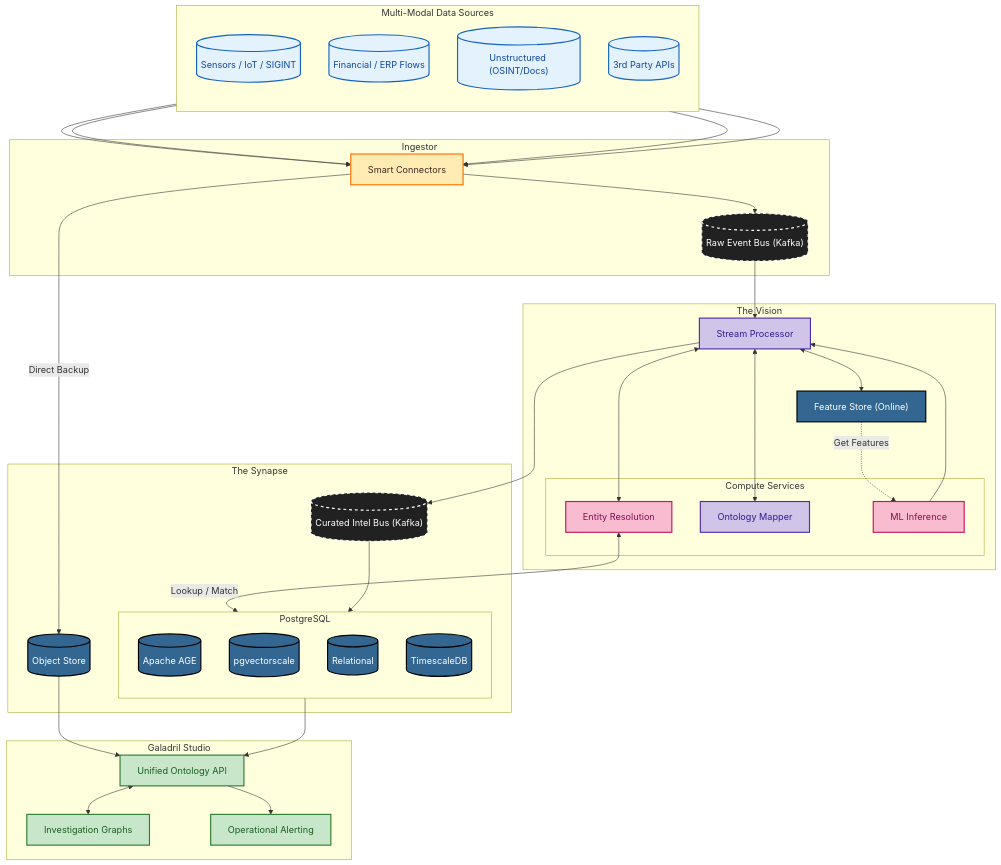
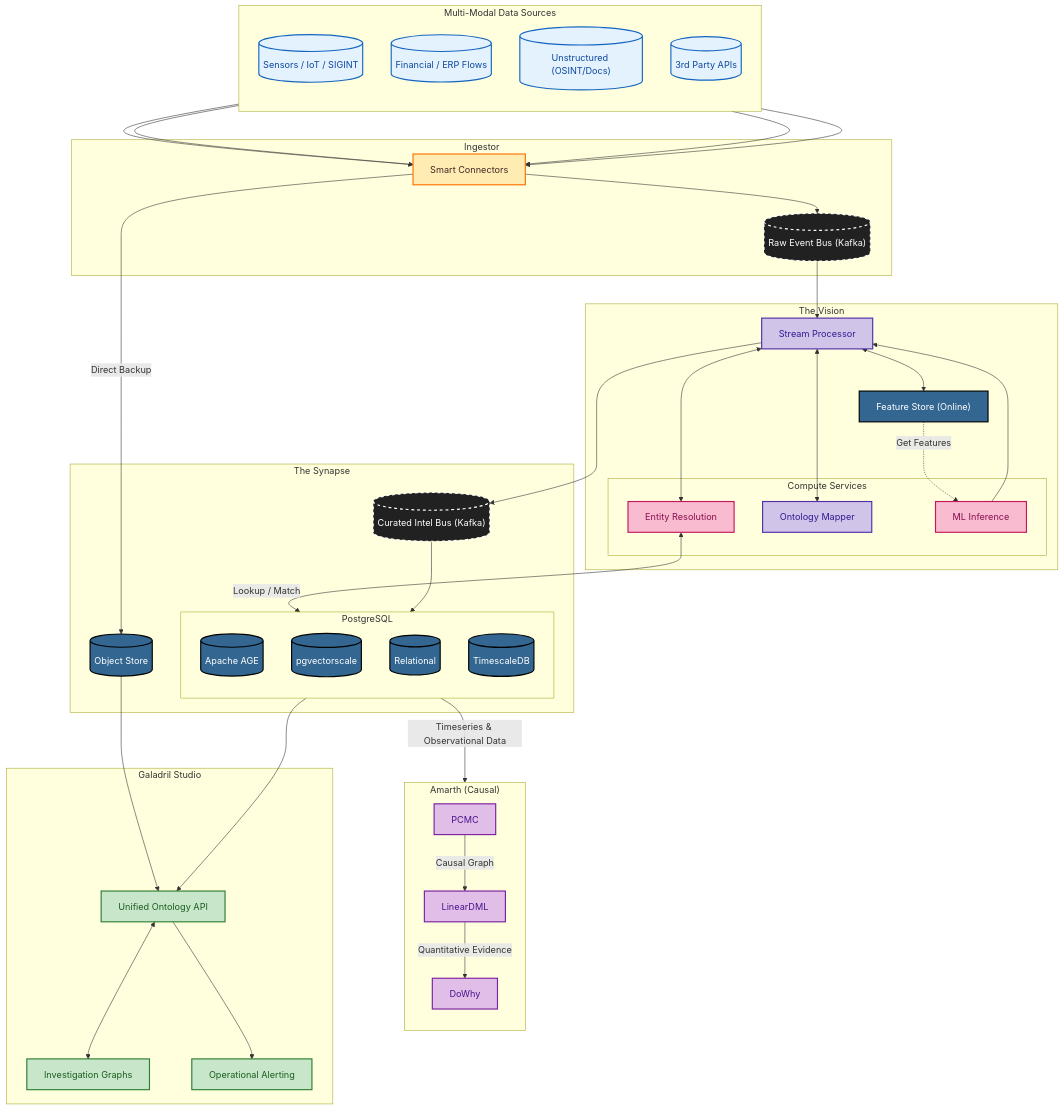
One commit to Aeluin-Technologies/Galadril changed the diagram in README.md. Above: the diagram before and after it, drawn with Mermaid. The commit also changed other lines of this file and 9 other files, not shown here.

````diff
--- a/README.md
+++ b/README.md
@@ -30,6 +30,7 @@
     classDef pg fill:#336791,stroke:#000,stroke-width:2px,color:#fff
     classDef app fill:#c8e6c9,stroke:#2e7d32,stroke-width:2px,color:#1b5e20
     classDef bus fill:#212121,stroke:#fff,stroke-width:2px,color:#fff,stroke-dasharray: 5 5
+    classDef causal fill:#e1bee7,stroke:#7b1fa2,stroke-width:2px,color:#4a148c
 
     subgraph Sources ["Multi-Modal Data Sources"]
         direction TB
@@ -70,6 +71,16 @@
         ObjStore[("Object Store")]:::pg
     end
 
+    subgraph Causal_Engine ["Amarth (Causal)"]
+        direction TB
+        PCMCI["PCMC"]:::causal
+        LinearDML["LinearDML"]:::causal
+        DoWhy["DoWhy"]:::causal
+
+        PCMCI -->|"Causal Graph"| LinearDML
+        LinearDML -->|"Quantitative Evidence"| DoWhy
+    end
+
     subgraph Consumption ["Galadril Studio"]
         Gateway["Unified Ontology API"]:::app
         Studio["Investigation Graphs"]:::app
@@ -95,6 +106,8 @@
     Intel_Bus --> PG_Engine
 
     PG_Engine & ObjStore --> Gateway
+    PG_Engine -->|"Timeseries & Observational Data"| PCMCI
+
     Gateway <--> Studio
     Gateway --> Alerts
 ```
````
